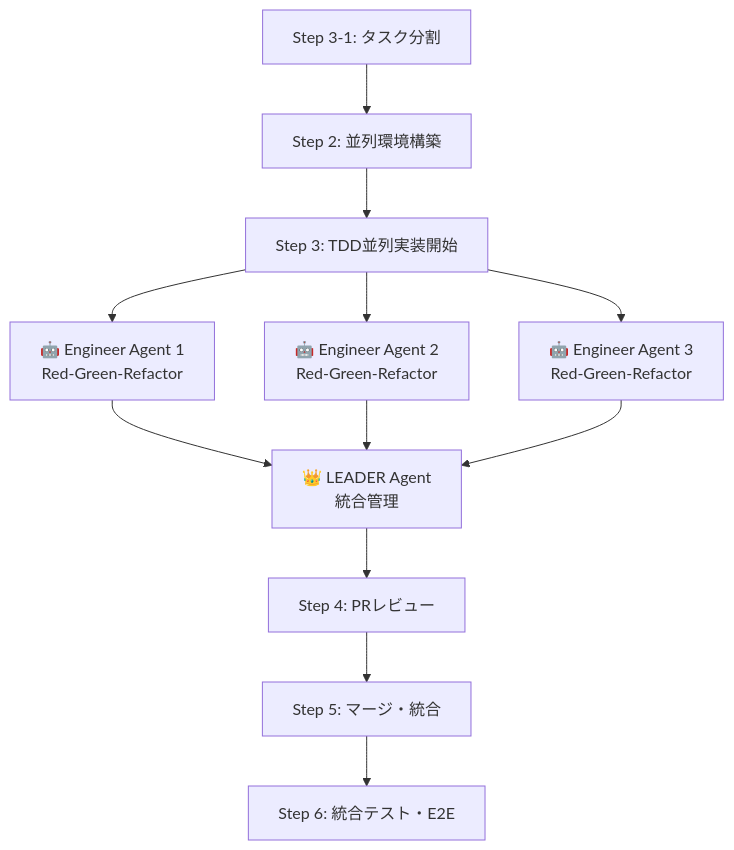
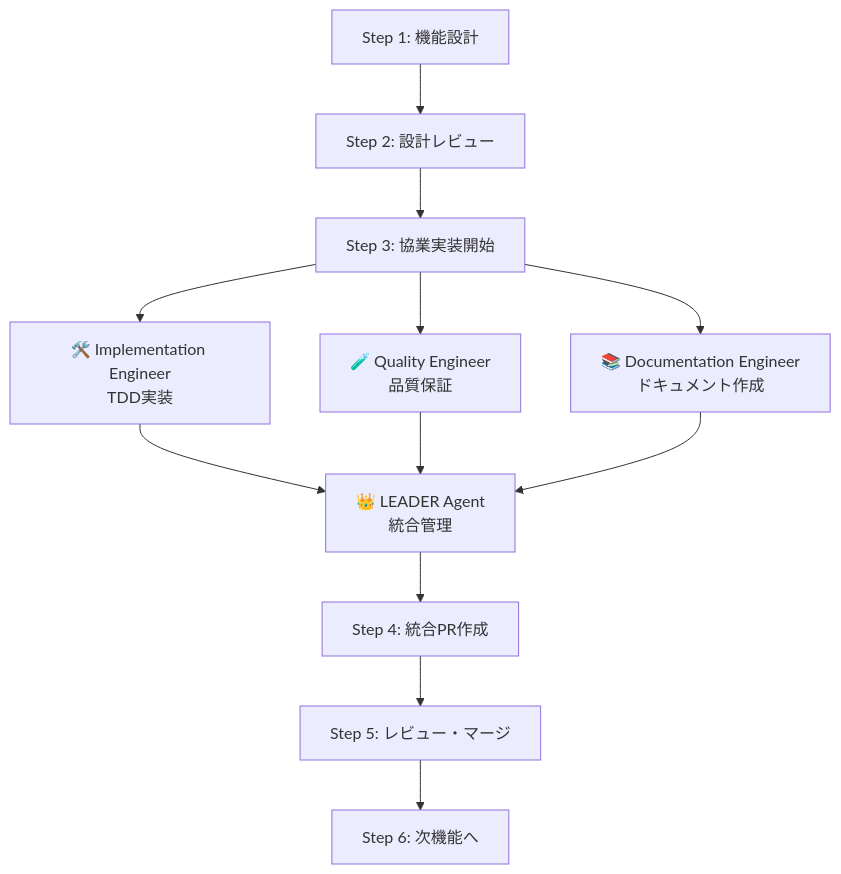
The diagram in USAGE.md (masanami/ai_driven_development), drawn with Mermaid before and after one commit. The commit also changed other lines of this file and 8 other files, not shown here.

````diff
--- a/USAGE.md
+++ b/USAGE.md
@@ -219,17 +216,17 @@
 ```mermaid
 graph TD
-    A[Step 3-1: タスク分割] --> B[Step 2: 並列環境構築]
-    B --> C[Step 3: TDD並列実装開始]
+    A[Step 1: 機能設計] --> B[Step 2: 設計レビュー]
+    B --> C[Step 3: 協業実装開始]
     
-    C --> D[🤖 Engineer Agent 1<br/>Red-Green-Refactor]
-    C --> E[🤖 Engineer Agent 2<br/>Red-Green-Refactor]  
-    C --> F[🤖 Engineer Agent 3<br/>Red-Green-Refactor]
+    C --> D[🛠️ Implementation Engineer<br/>TDD実装]
+    C --> E[🧪 Quality Engineer<br/>品質保証]  
+    C --> F[📚 Documentation Engineer<br/>ドキュメント作成]
     
     D --> G[👑 LEADER Agent<br/>統合管理]
     E --> G
     F --> G
     
-    G --> H[Step 4: PRレビュー]
-    H --> I[Step 5: マージ・統合]
-    I --> J[Step 6: 統合テスト・E2E]
+    G --> H[Step 4: 統合PR作成]
+    H --> I[Step 5: レビュー・マージ]
+    I --> J[Step 6: 次機能へ]
 ```
````
